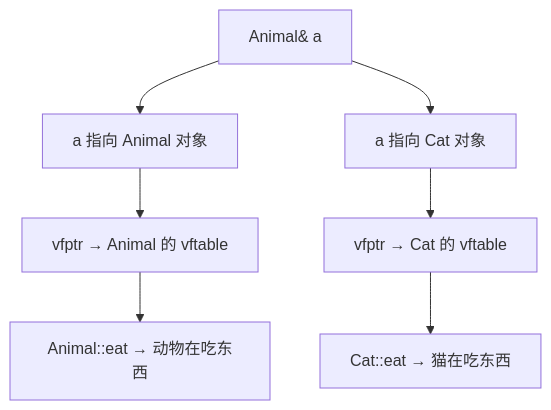
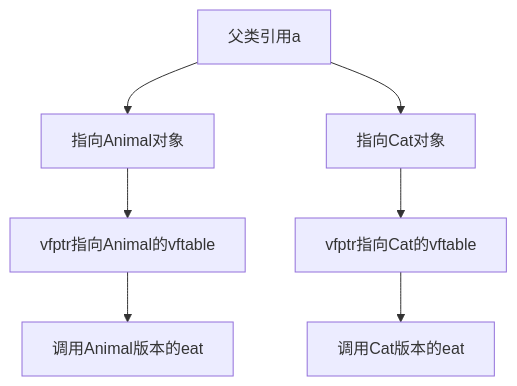
One commit to y10111/y10111.github.io changed diagram 11 of 11 in docs/C++/英雄编程/第二章/多态/2.6.2虚函数.md. Above: the diagram before and after it, drawn with Mermaid. The commit also changed other lines of this file and 101 other files, not shown here.

Commit message:
C++英雄编程：完成第四章STL容器 + 全课程补充软件工程图

````diff
--- a/docs/C++/英雄编程/第二章/多态/2.6.2虚函数.md
+++ b/docs/C++/英雄编程/第二章/多态/2.6.2虚函数.md
@@ -222,9 +231,9 @@
 ```mermaid
-flowchart TB
-    A["Animal& a"] --> B["a 指向 Animal 对象"]
-    A --> C["a 指向 Cat 对象"]
-    B --> D["vfptr → Animal 的 vftable"]
-    C --> E["vfptr → Cat 的 vftable"]
-    D --> F["Animal::eat → 动物在吃东西"]
-    E --> G["Cat::eat → 猫在吃东西"]
+graph TD
+    A[父类引用a] --> B[指向Animal对象]
+    A --> C[指向Cat对象]
+    B --> D[vfptr指向Animal的vftable]
+    C --> E[vfptr指向Cat的vftable]
+    D --> F[调用Animal版本的eat]
+    E --> G[调用Cat版本的eat]
 ```
````
